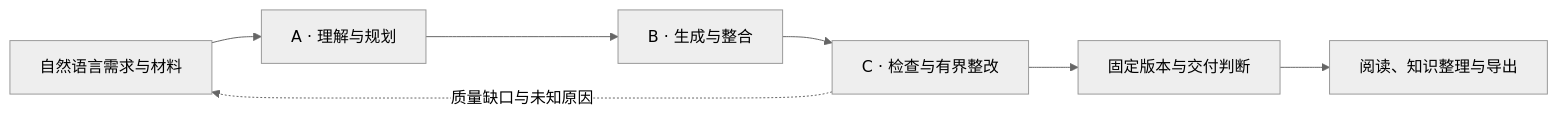
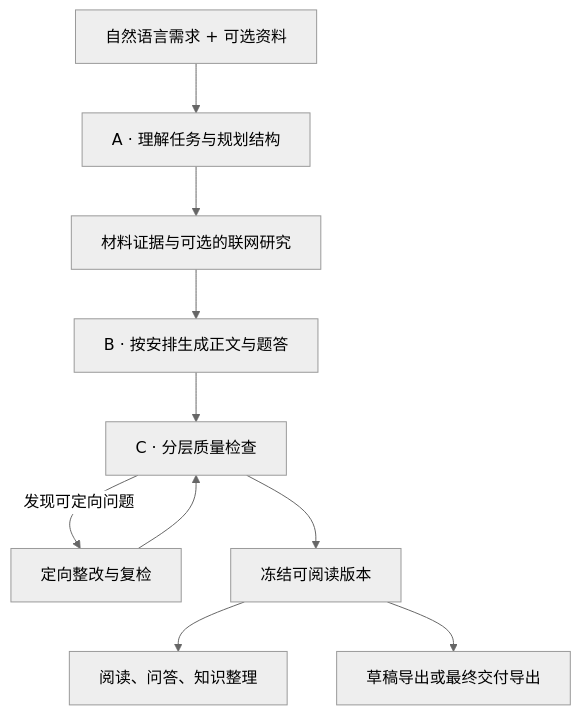
One commit to bjh0222/AIEdu changed the diagram in README.md. Above: the diagram before and after it, drawn with Mermaid (neutral theme). The commit also changed other lines of this file, not shown here.

````diff
--- a/README.md
+++ b/README.md
@@ -38,9 +77,12 @@
 ```mermaid
-flowchart LR
-  U[自然语言需求与材料] --> A[A · 理解与规划]
-  A --> B[B · 生成与整合]
-  B --> C[C · 检查与有界整改]
-  C --> D[固定版本与交付判断]
-  D --> R[阅读、知识整理与导出]
-  C -. 质量缺口与未知原因 .-> U
+flowchart TD
+  U[自然语言需求 + 可选资料] --> A[A · 理解任务与规划结构]
+  A --> E[材料证据与可选的联网研究]
+  E --> B[B · 按安排生成正文与题答]
+  B --> C[C · 分层质量检查]
+  C -->|发现可定向问题| R[定向整改与复检]
+  R --> C
+  C --> V[冻结可阅读版本]
+  V --> READ[阅读、问答、知识整理]
+  V --> EXP[草稿导出或最终交付导出]
 ```
````
